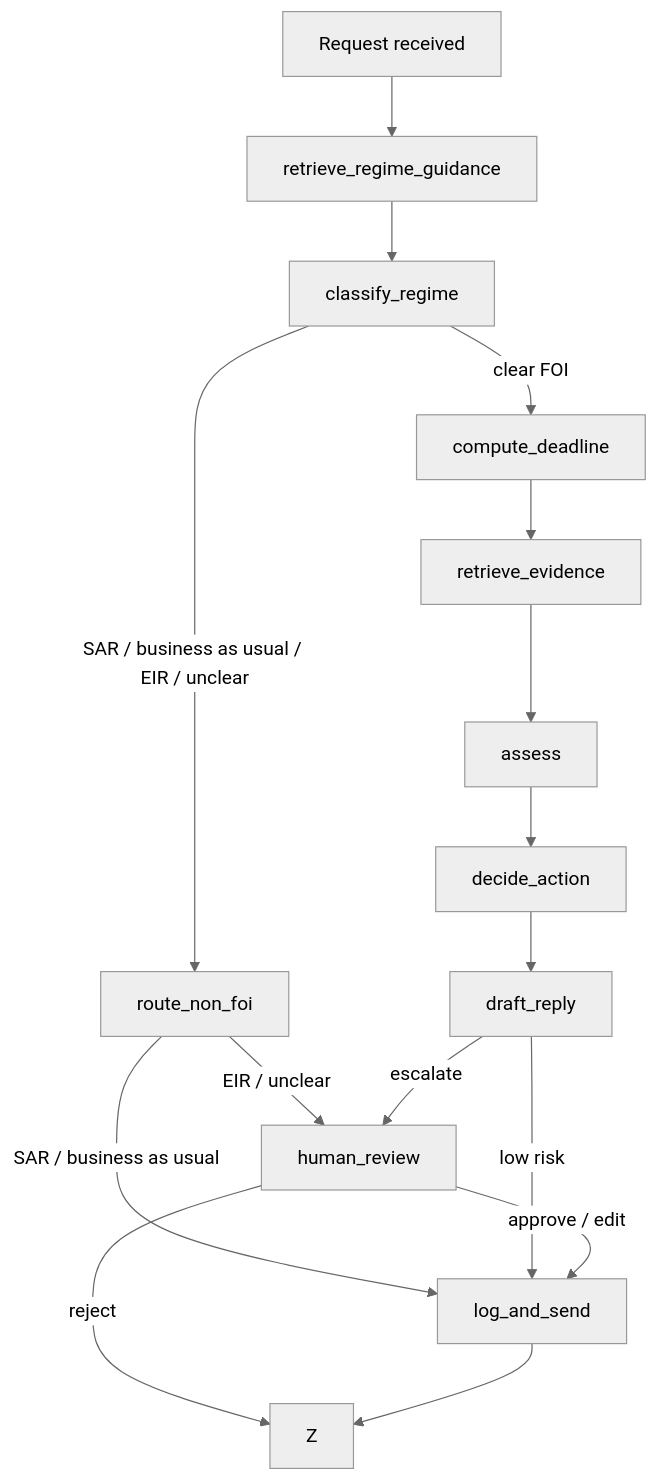
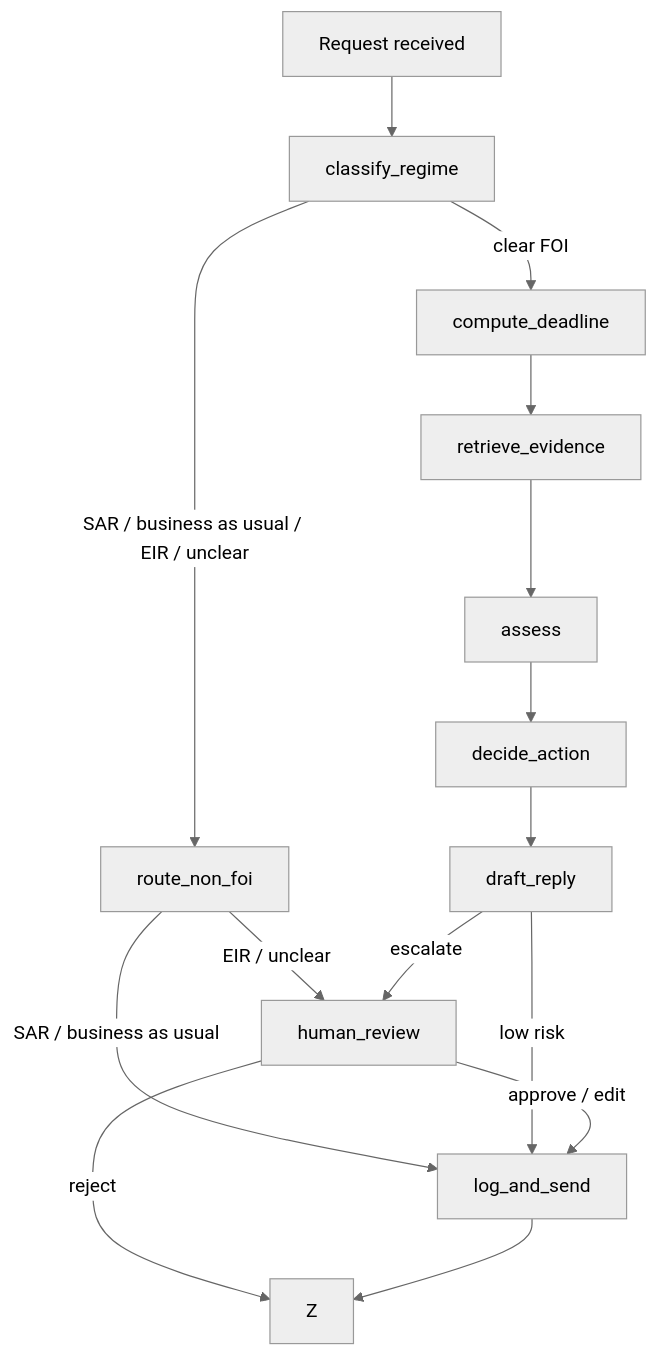
One commit to ViktoriaLoe/FOI-Agent changed the diagram in README.md. Above: the diagram before and after it, drawn with Mermaid (neutral theme). The commit also changed other lines of this file and 10 other files, not shown here.

````diff
--- a/README.md
+++ b/README.md
@@ -72,18 +72,17 @@
 ```mermaid
 flowchart TD
-    A[Request received] --> B[retrieve_regime_guidance]
-    B --> C[classify_regime]
+    A[Request received] --> C[classify_regime]
     C -->|SAR / business as usual / EIR / unclear| D[route_non_foi]
     D -->|SAR / business as usual| K
     D -->|EIR / unclear| J
     C -->|clear FOI| E[compute_deadline]
     E --> F[retrieve_evidence]
     F --> G[assess]
     G --> H[decide_action]
     H --> I[draft_reply]
     I -->|low risk| K[log_and_send]
     I -->|escalate| J[human_review]
     J -->|approve / edit| K
     J -->|reject| Z
     K --> Z
 ```
````
